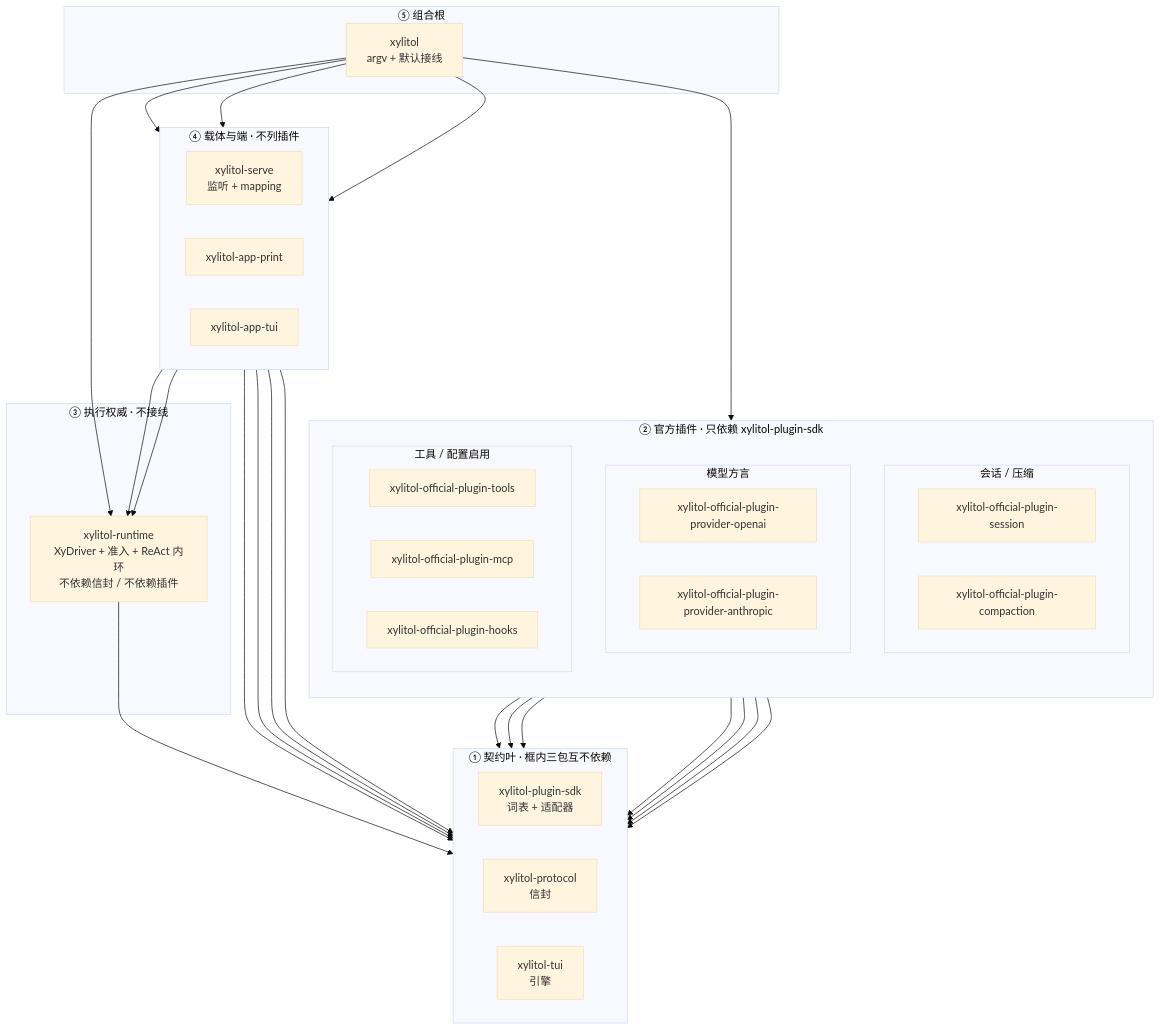
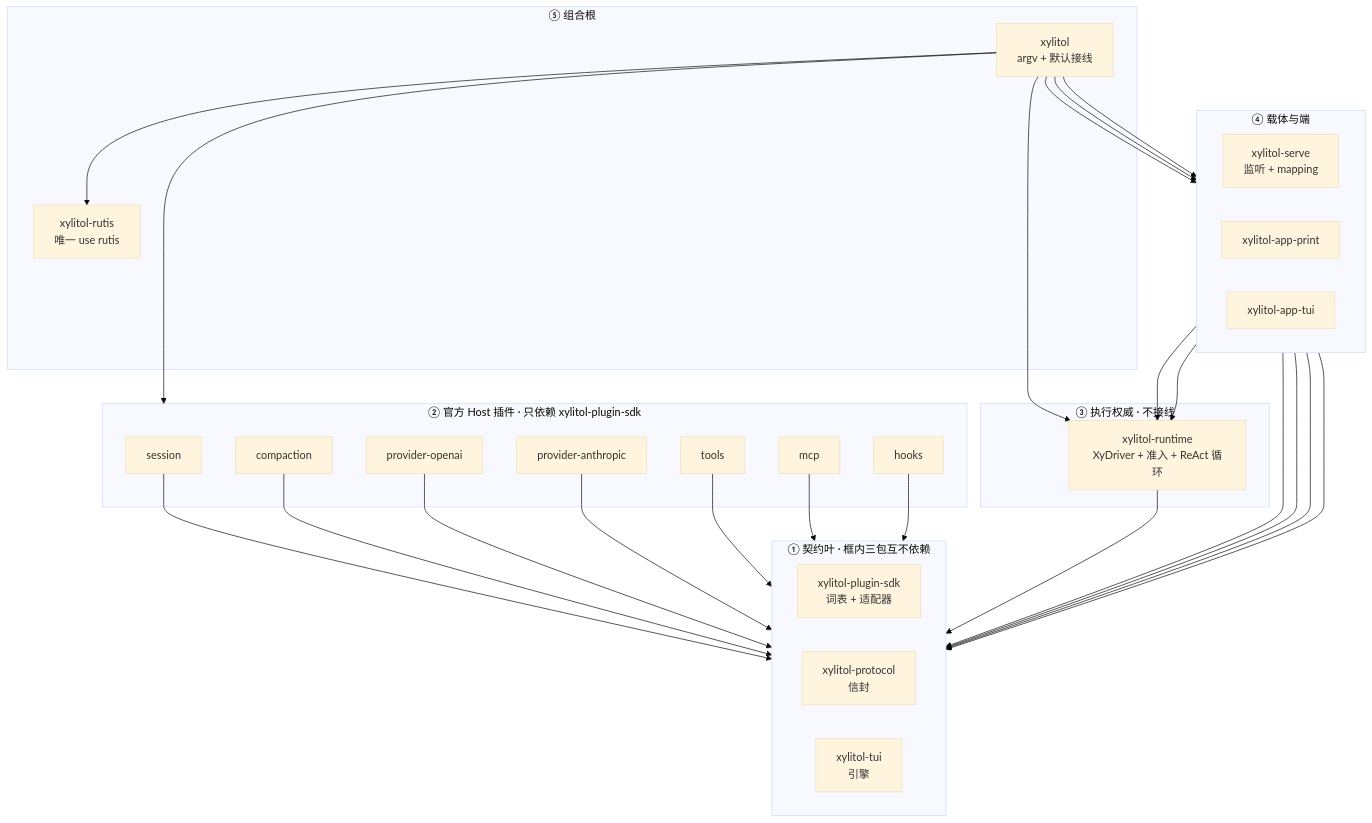
One commit to StrayDragon/xylitol changed the diagram in _TODO.md. Above: the diagram before and after it, drawn with Mermaid (base theme). The commit also changed other lines of this file, not shown here.

````diff
--- a/_TODO.md
+++ b/_TODO.md
@@ -206,67 +175,56 @@
 ```mermaid
 flowchart TB
   subgraph contracts["① 契约叶 · 框内三包互不依赖"]
     direction LR
     xylitol_plugin_sdk["xylitol-plugin-sdk<br/>词表 + 适配器"]
     xylitol_protocol["xylitol-protocol<br/>信封"]
     xylitol_tui["xylitol-tui<br/>引擎"]
   end
 
-  subgraph plugins["② 官方插件 · 只依赖 xylitol-plugin-sdk"]
-    direction TB
-    subgraph plugins_loop["会话 / 压缩"]
-      direction LR
-      xylitol_official_plugin_session["xylitol-official-plugin-session"]
-      xylitol_official_plugin_compaction["xylitol-official-plugin-compaction"]
-    end
-    subgraph plugins_model["模型方言"]
-      direction LR
-      xylitol_official_plugin_provider_openai["xylitol-official-plugin-provider-openai"]
-      xylitol_official_plugin_provider_anthropic["xylitol-official-plugin-provider-anthropic"]
-    end
-    subgraph plugins_ext["工具 / 配置启用"]
-      direction LR
-      xylitol_official_plugin_tools["xylitol-official-plugin-tools"]
-      xylitol_official_plugin_mcp["xylitol-official-plugin-mcp"]
-      xylitol_official_plugin_hooks["xylitol-official-plugin-hooks"]
-    end
+  subgraph plugins["② 官方 Host 插件 · 只依赖 xylitol-plugin-sdk"]
+    xylitol_official_plugin_session["session"]
+    xylitol_official_plugin_compaction["compaction"]
+    xylitol_official_plugin_provider_openai["provider-openai"]
+    xylitol_official_plugin_provider_anthropic["provider-anthropic"]
+    xylitol_official_plugin_tools["tools"]
+    xylitol_official_plugin_mcp["mcp"]
+    xylitol_official_plugin_hooks["hooks"]
   end
 
   subgraph kernel["③ 执行权威 · 不接线"]
-    xylitol_runtime["xylitol-runtime<br/>XyDriver + 准入 + ReAct 内环<br/>不依赖信封 / 不依赖插件"]
+    xylitol_runtime["xylitol-runtime<br/>XyDriver + 准入 + ReAct 循环"]
   end
 
-  subgraph surfaces["④ 载体与端 · 不列插件"]
+  subgraph surfaces["④ 载体与端"]
     direction LR
     xylitol_serve["xylitol-serve<br/>监听 + mapping"]
     xylitol_app_print["xylitol-app-print"]
     xylitol_app_tui["xylitol-app-tui"]
   end
 
   subgraph root["⑤ 组合根"]
     xylitol["xylitol<br/>argv + 默认接线"]
+    xylitol_rutis["xylitol-rutis<br/>唯一 use rutis"]
   end
 
   xylitol_official_plugin_session --> xylitol_plugin_sdk
   xylitol_official_plugin_compaction --> xylitol_plugin_sdk
   xylitol_official_plugin_provider_openai --> xylitol_plugin_sdk
   xylitol_official_plugin_provider_anthropic --> xylitol_plugin_sdk
   xylitol_official_plugin_tools --> xylitol_plugin_sdk
   xylitol_official_plugin_mcp --> xylitol_plugin_sdk
   xylitol_official_plugin_hooks --> xylitol_plugin_sdk
-
   xylitol_runtime --> xylitol_plugin_sdk
-
   xylitol_serve --> xylitol_runtime
   xylitol_serve --> xylitol_protocol
   xylitol_app_print --> xylitol_runtime
   xylitol_app_tui --> xylitol_protocol
   xylitol_app_tui --> xylitol_tui
   xylitol_app_tui --> xylitol_plugin_sdk
-
   xylitol --> plugins
   xylitol --> xylitol_runtime
   xylitol --> xylitol_serve
   xylitol --> xylitol_app_print
   xylitol --> xylitol_app_tui
+  xylitol --> xylitol_rutis
 ```
````
